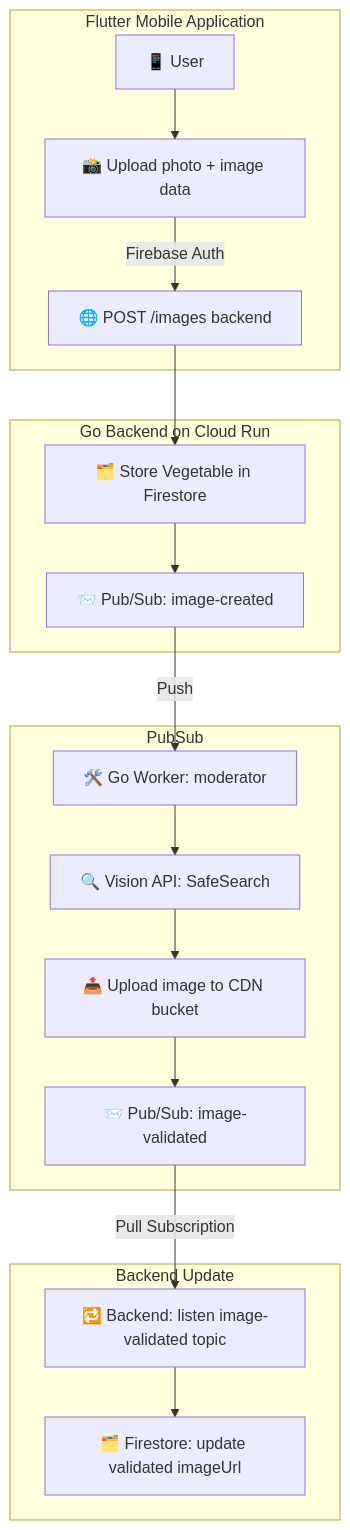
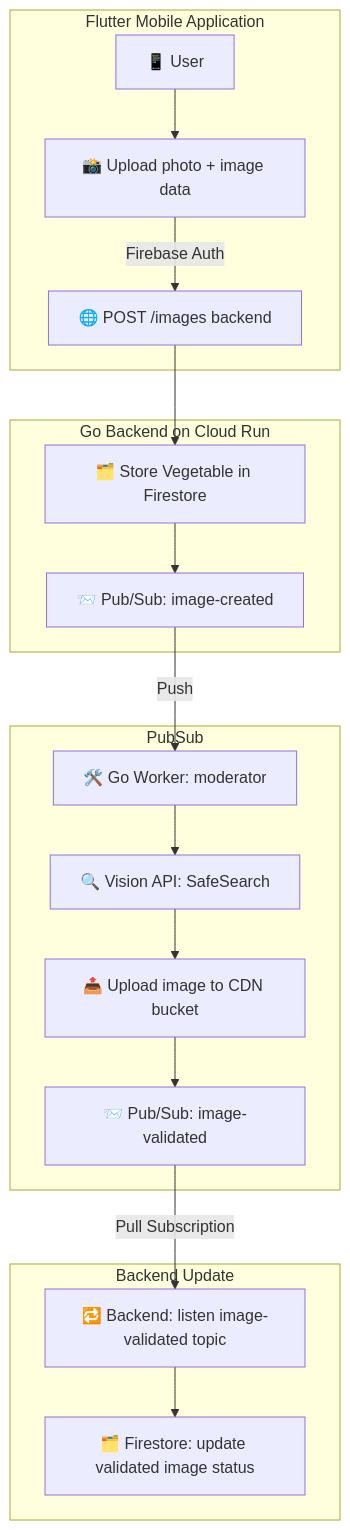
One commit to vegito-app/local changed the diagram in application/images/README.md. Above: the diagram before and after it, drawn with Mermaid. The commit also changed 3 other files, not shown here.

````diff
--- a/application/images/README.md
+++ b/application/images/README.md
@@ -57,24 +57,24 @@
 ```mermaid
 graph TD
   subgraph Flutter Mobile Application
     A1[📱 User] --> A2[📸 Upload photo + image data]
     A2 -->|Firebase Auth| A3[🌐 POST /images backend]
   end
 
   subgraph Go Backend on Cloud Run
     A3 --> B1[🗂️ Store Vegetable in Firestore]
     B1 --> B2[📨 Pub/Sub: image-created]
   end
 
   subgraph PubSub
     B2 -->|Push| C1[🛠️ Go Worker: moderator]
     C1 --> C2[🔍 Vision API: SafeSearch]
     C2 --> C3[📤 Upload image to CDN bucket]
     C3 --> C4[📨 Pub/Sub: image-validated]
   end
 
   subgraph Backend Update
     C4 -->|Pull Subscription| D1[🔁 Backend: listen image-validated topic]
-    D1 --> D2[🗂️ Firestore: update validated imageUrl]
+    D1 --> D2[🗂️ Firestore: update validated image status]
   end
 ```
````
